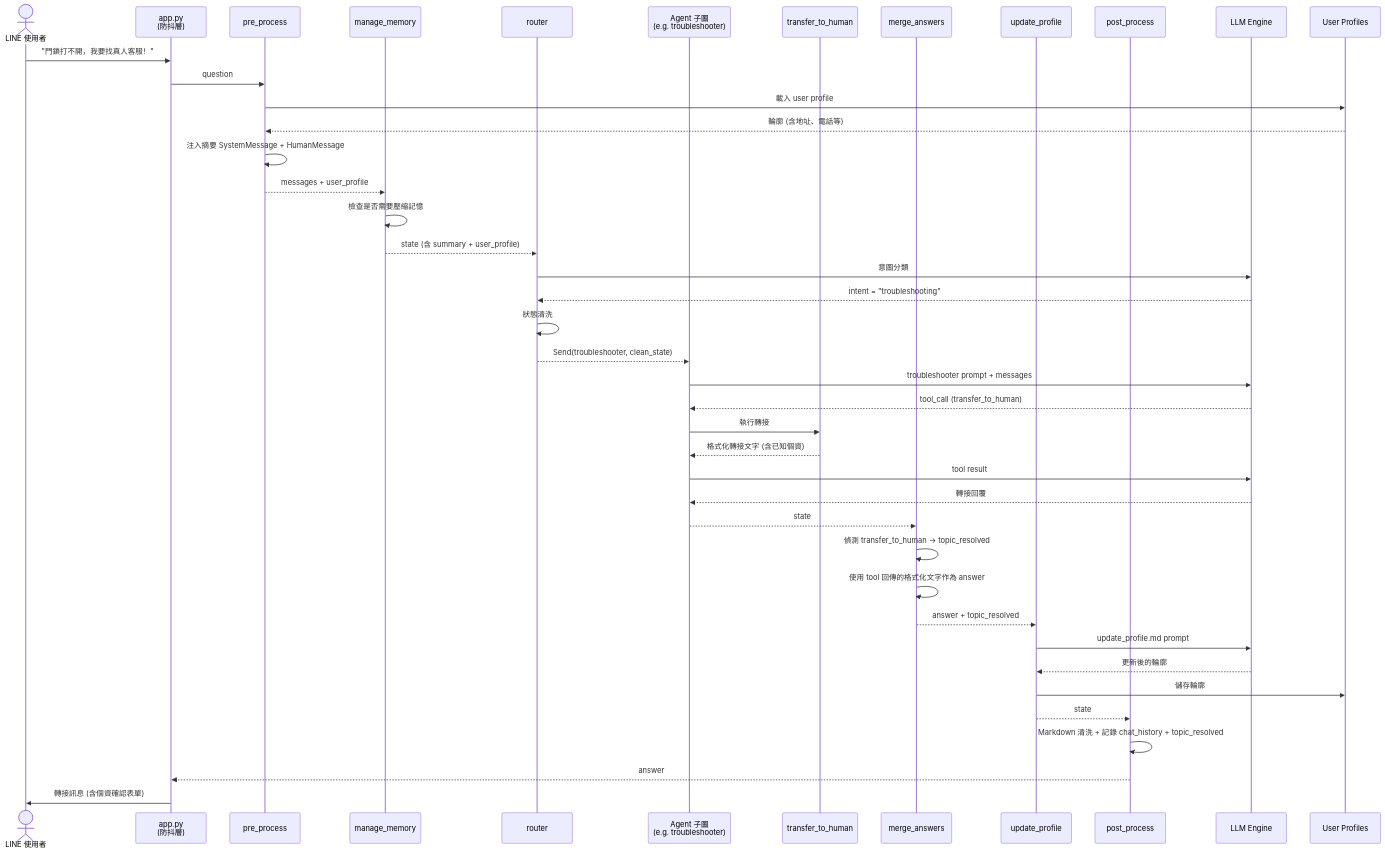
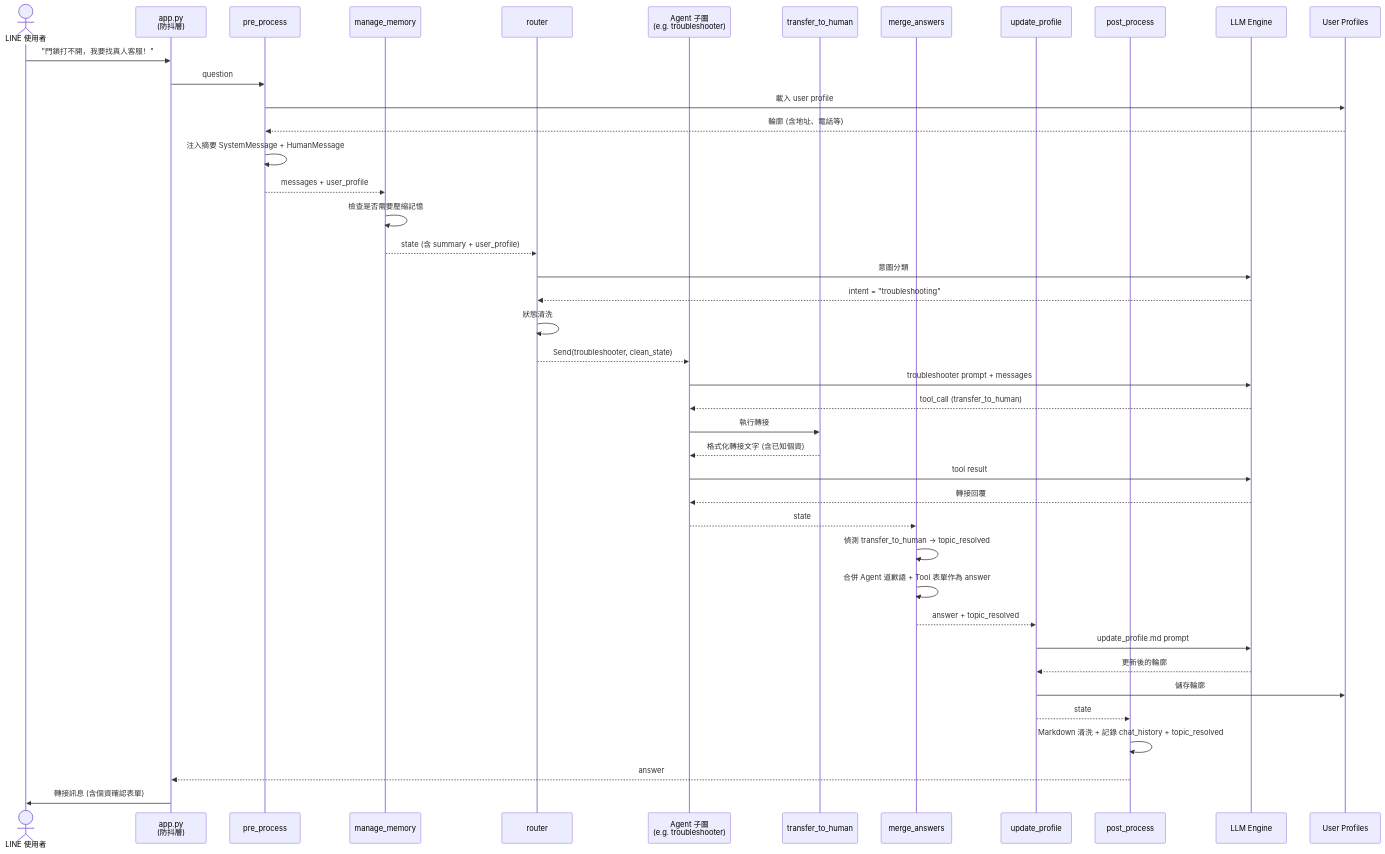
One commit to Imding1211/lock_AI_Agent changed the fifth of 5 diagrams in docs/manuals/系統架構與流程圖.md. Above: the diagram before and after it, drawn with Mermaid. The commit also changed 9 other files, not shown here.

````diff
--- a/docs/manuals/系統架構與流程圖.md
+++ b/docs/manuals/系統架構與流程圖.md
@@ -389,52 +389,52 @@
 ```mermaid
 sequenceDiagram
     actor User as LINE 使用者
     participant App as app.py<br/>(防抖層)
     participant PP as pre_process
     participant MM as manage_memory
     participant RT as router
     participant Agent as Agent 子圖<br/>(e.g. troubleshooter)
     participant Tool as transfer_to_human
     participant MA as merge_answers
     participant UP as update_profile
     participant Post as post_process
     participant LLM as LLM Engine
     participant Profile as User Profiles
 
     User->>App: "門鎖打不開，我要找真人客服！"
     App->>PP: question
 
     PP->>Profile: 載入 user profile
     Profile-->>PP: 輪廓 (含地址、電話等)
     PP->>PP: 注入摘要 SystemMessage + HumanMessage
     PP-->>MM: messages + user_profile
 
     MM->>MM: 檢查是否需要壓縮記憶
     MM-->>RT: state (含 summary + user_profile)
 
     RT->>LLM: 意圖分類
     LLM-->>RT: intent = "troubleshooting"
     RT->>RT: 狀態清洗
     RT-->>Agent: Send(troubleshooter, clean_state)
 
     Agent->>LLM: troubleshooter prompt + messages
     LLM-->>Agent: tool_call (transfer_to_human)
     Agent->>Tool: 執行轉接
     Tool-->>Agent: 格式化轉接文字 (含已知個資)
     Agent->>LLM: tool result
     LLM-->>Agent: 轉接回覆
 
     Agent-->>MA: state
     MA->>MA: 偵測 transfer_to_human → topic_resolved
-    MA->>MA: 使用 tool 回傳的格式化文字作為 answer
+    MA->>MA: 合併 Agent 道歉語 + Tool 表單作為 answer
 
     MA-->>UP: answer + topic_resolved
     UP->>LLM: update_profile.md prompt
     LLM-->>UP: 更新後的輪廓
     UP->>Profile: 儲存輪廓
 
     UP-->>Post: state
     Post->>Post: Markdown 清洗 + 記錄 chat_history + topic_resolved
     Post-->>App: answer
     App->>User: 轉接訊息 (含個資確認表單)
 ```
````
